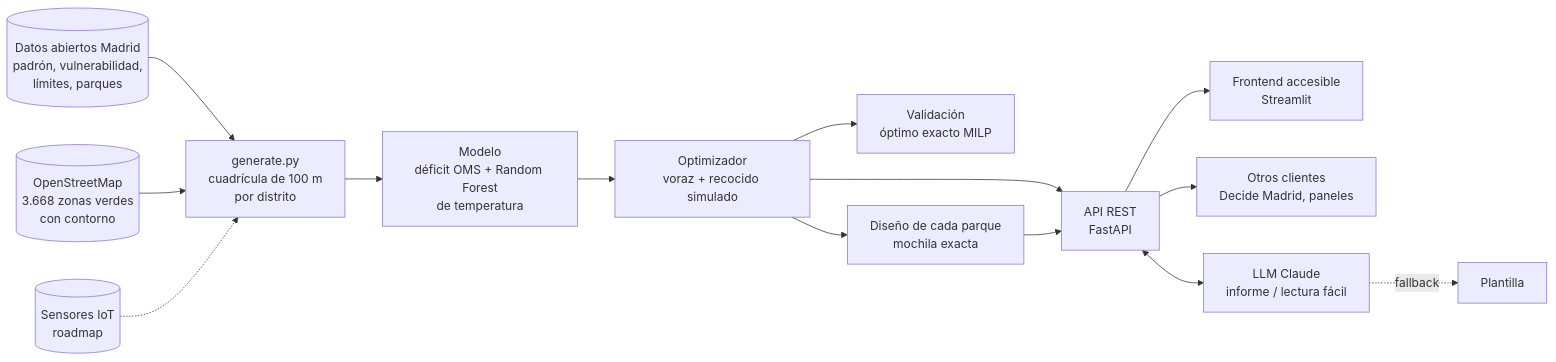
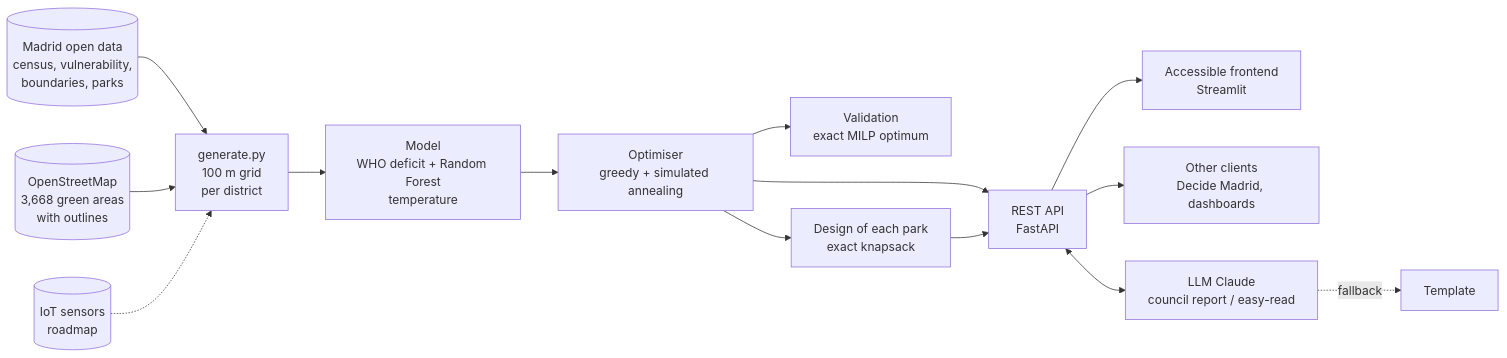
One commit to villanuevadrian/parques-bolsillo-madrid changed the diagram in README.md. Above: the diagram before and after it, drawn with Mermaid. The commit also changed other lines of this file and 1 other file, not shown here.

Commit message:
README bilingüe (inglés principal + español) con las dos fases: 42 Madrid y debate en el Ayuntamiento

````diff
--- a/README.md
+++ b/README.md
@@ -41,16 +47,16 @@
 ```mermaid
 flowchart LR
-    R[(Datos abiertos Madrid<br/>padrón, vulnerabilidad,<br/>límites, parques)] --> G[generate.py<br/>cuadrícula de 100 m<br/>por distrito]
-    O[(OpenStreetMap<br/>3.668 zonas verdes<br/>con contorno)] --> G
-    I[(Sensores IoT<br/>roadmap)] -.-> G
-    G --> M[Modelo<br/>déficit OMS + Random Forest<br/>de temperatura]
-    M --> P[Optimizador<br/>voraz + recocido simulado]
-    P --> V[Validación<br/>óptimo exacto MILP]
-    P --> D[Diseño de cada parque<br/>mochila exacta]
-    P --> A[API REST<br/>FastAPI]
+    R[(Madrid open data<br/>census, vulnerability,<br/>boundaries, parks)] --> G[generate.py<br/>100 m grid<br/>per district]
+    O[(OpenStreetMap<br/>3,668 green areas<br/>with outlines)] --> G
+    I[(IoT sensors<br/>roadmap)] -.-> G
+    G --> M[Model<br/>WHO deficit + Random Forest<br/>temperature]
+    M --> P[Optimiser<br/>greedy + simulated annealing]
+    P --> V[Validation<br/>exact MILP optimum]
+    P --> D[Design of each park<br/>exact knapsack]
+    P --> A[REST API<br/>FastAPI]
     D --> A
-    A --> F[Frontend accesible<br/>Streamlit]
-    A --> C[Otros clientes<br/>Decide Madrid, paneles]
-    A <--> L[LLM Claude<br/>informe / lectura fácil]
-    L -. fallback .-> T[Plantilla]
+    A --> F[Accessible frontend<br/>Streamlit]
+    A --> C[Other clients<br/>Decide Madrid, dashboards]
+    A <--> L[LLM Claude<br/>council report / easy-read]
+    L -. fallback .-> T[Template]
 ```
````
